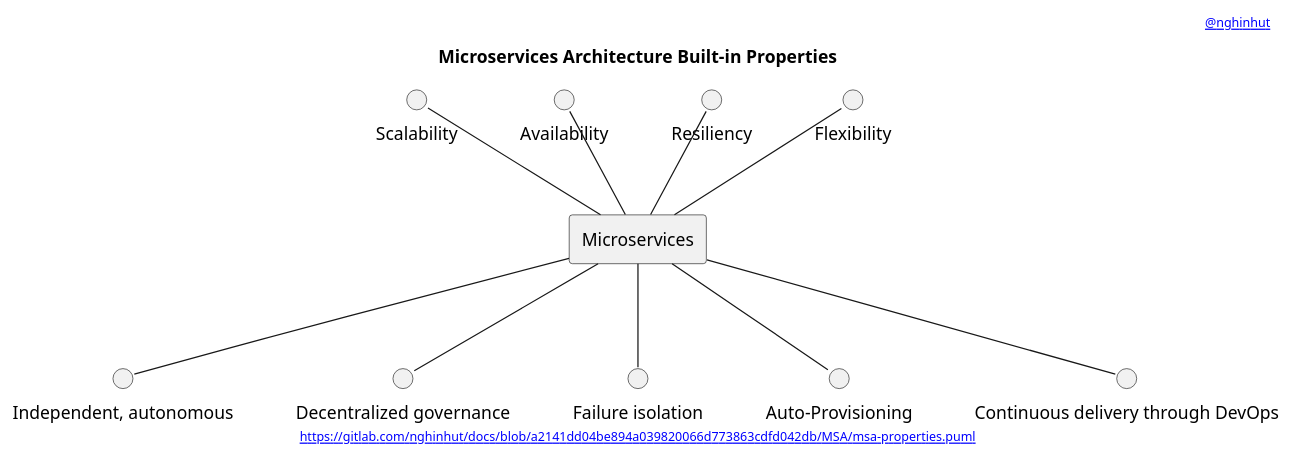
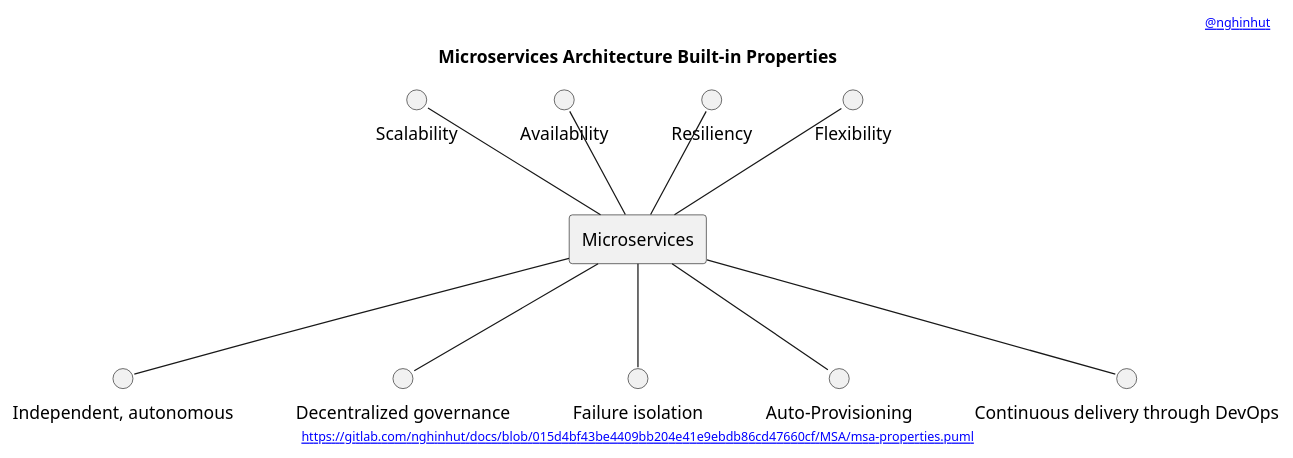
The diagram in MSA/msa-properties.puml (nghinhut/docs), drawn with PlantUML before and after one commit. The commit also changed 20 other files, not shown here.

Commit message:
Update diagrams

```diff
--- a/MSA/msa-properties.puml
+++ b/MSA/msa-properties.puml
@@ -1,31 +1,31 @@
 @startuml
 '-----START auto generated metadata please keep comment here to allow auto update-----
 '-----DON'T EDIT THIS SECTION, INSTEAD RE-RUN prebuild.sh TO UPDATE-----
-header [[https://www.nghinhut.dev?from=http%5C%3A%5C%2F%5C%2Fwww%5C.plantuml%5C.com%5C%2Fplantuml%5C%2Fproxy%3Ffmt%3Dsvg%5C%26src%3Dhttps%5C%3A%5C%2F%5C%2Fgitlab%5C.com%5C%2Fnghinhut%5C%2Fdocs%5C%2Fraw%5C%2Fa2141dd04be894a039820066d773863cdfd042db%5C%2FMSA%5C%2Fmsa-properties%5C.puml%0A @nghinhut]]
-footer [[http://www.plantuml.com/plantuml/proxy?fmt=svg&src=https://gitlab.com/nghinhut/docs/raw/a2141dd04be894a039820066d773863cdfd042db/MSA/msa-properties.puml https://gitlab.com/nghinhut/docs/blob/a2141dd04be894a039820066d773863cdfd042db/MSA/msa-properties.puml]]
+header [[https://www.nghinhut.dev?from=http%5C%3A%5C%2F%5C%2Fwww%5C.plantuml%5C.com%5C%2Fplantuml%5C%2Fproxy%3Ffmt%3Dsvg%5C%26src%3Dhttps%5C%3A%5C%2F%5C%2Fgitlab%5C.com%5C%2Fnghinhut%5C%2Fdocs%5C%2Fraw%5C%2F015d4bf43be4409bb204e41e9ebdb86cd47660cf%5C%2FMSA%5C%2Fmsa-properties%5C.puml%0A @nghinhut]]
+footer [[http://www.plantuml.com/plantuml/proxy?fmt=svg&src=https://gitlab.com/nghinhut/docs/raw/015d4bf43be4409bb204e41e9ebdb86cd47660cf/MSA/msa-properties.puml https://gitlab.com/nghinhut/docs/blob/015d4bf43be4409bb204e41e9ebdb86cd47660cf/MSA/msa-properties.puml]]
 '-----END auto generated metadata please keep comment here to allow auto update-----
 title Microservices Architecture Built-in Properties
 
 rectangle "Microservices" as msa
 
 circle "Scalability" as scalability
 circle "Availability" as availability
 circle "Resiliency" as resiliency
 circle "Flexibility" as flexibility
 circle "Independent, autonomous" as independent_autonomous
 circle "Decentralized governance" as decentralized_governance
 circle "Failure isolation" as failure_isolation
 circle "Auto-Provisioning" as auto_provisioning
 circle "Continuous delivery through DevOps" as cd
 
 scalability -- msa
 availability -- msa
 resiliency -- msa
 flexibility -- msa
 msa -- independent_autonomous
 msa -- decentralized_governance
 msa -- failure_isolation
 msa -- auto_provisioning
 msa -- cd
 
 @enduml
```
